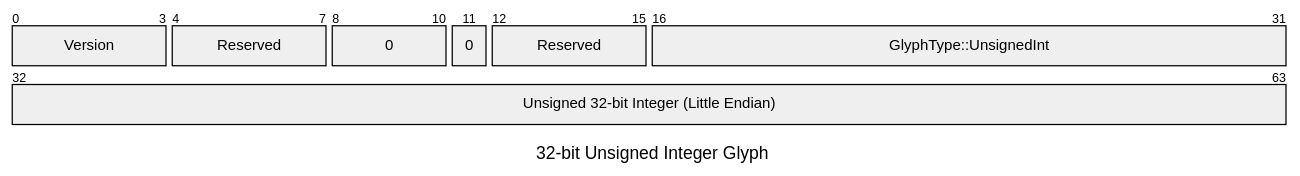
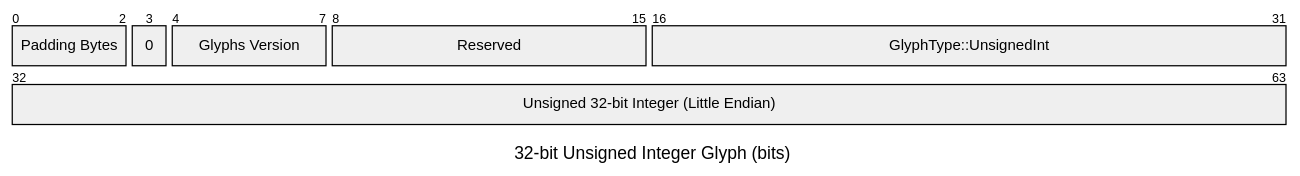
One commit to elara-themica/glifs-contributor-guide changed the fifth of 15 diagrams in src/binary_formats.md. Above: the diagram before and after it, drawn with Mermaid. The commit also changed other lines of this file, not shown here.

````diff
--- a/src/binary_formats.md
+++ b/src/binary_formats.md
@@ -148,13 +144,12 @@
 ```mermaid
 ---
-title: "32-bit Unsigned Integer Glyph"
+title: "32-bit Unsigned Integer Glyph (bits)"
 ---
 packet-beta
-0-3: "Version"
-4-7: "Reserved"
-8-10: "0"
-11: "0"
-12-15: "Reserved"
+0-2: "Padding Bytes"
+3: "0"
+4-7: "Glyphs Version"
+8-15: "Reserved"
 16-31: "GlyphType::UnsignedInt"
 32-63: "Unsigned 32-bit Integer (Little Endian)"
 ```
````
